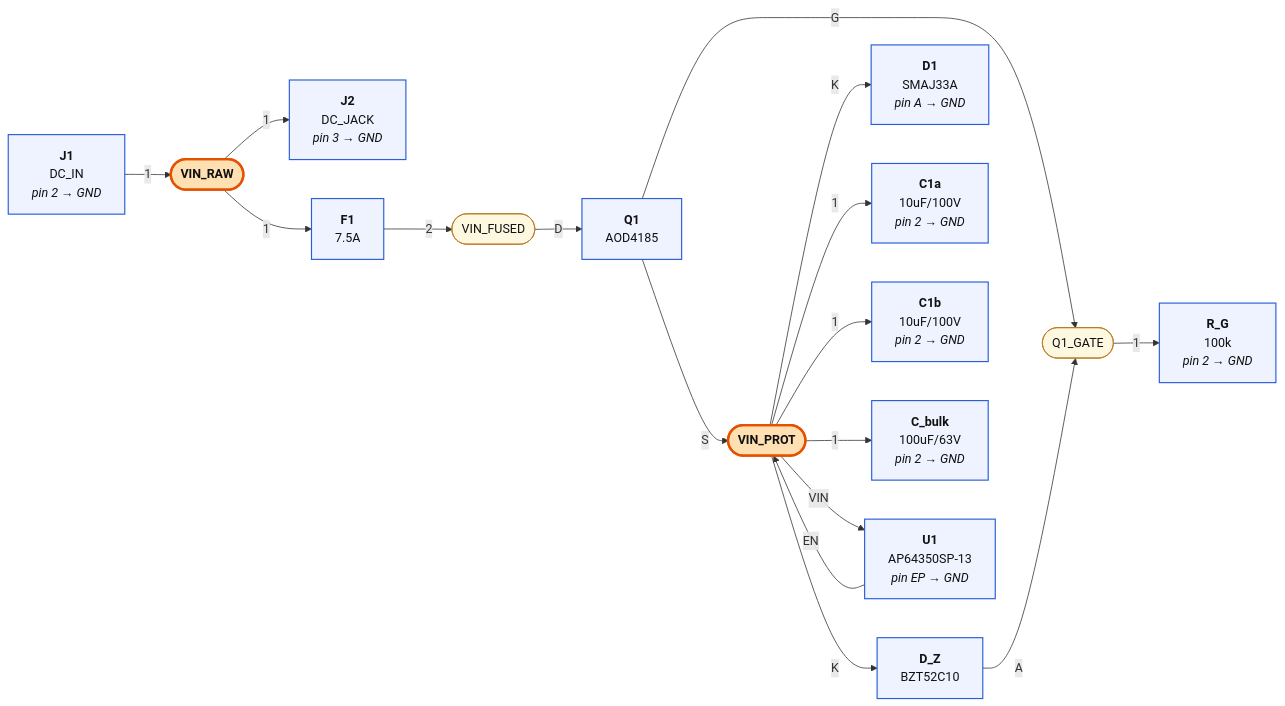
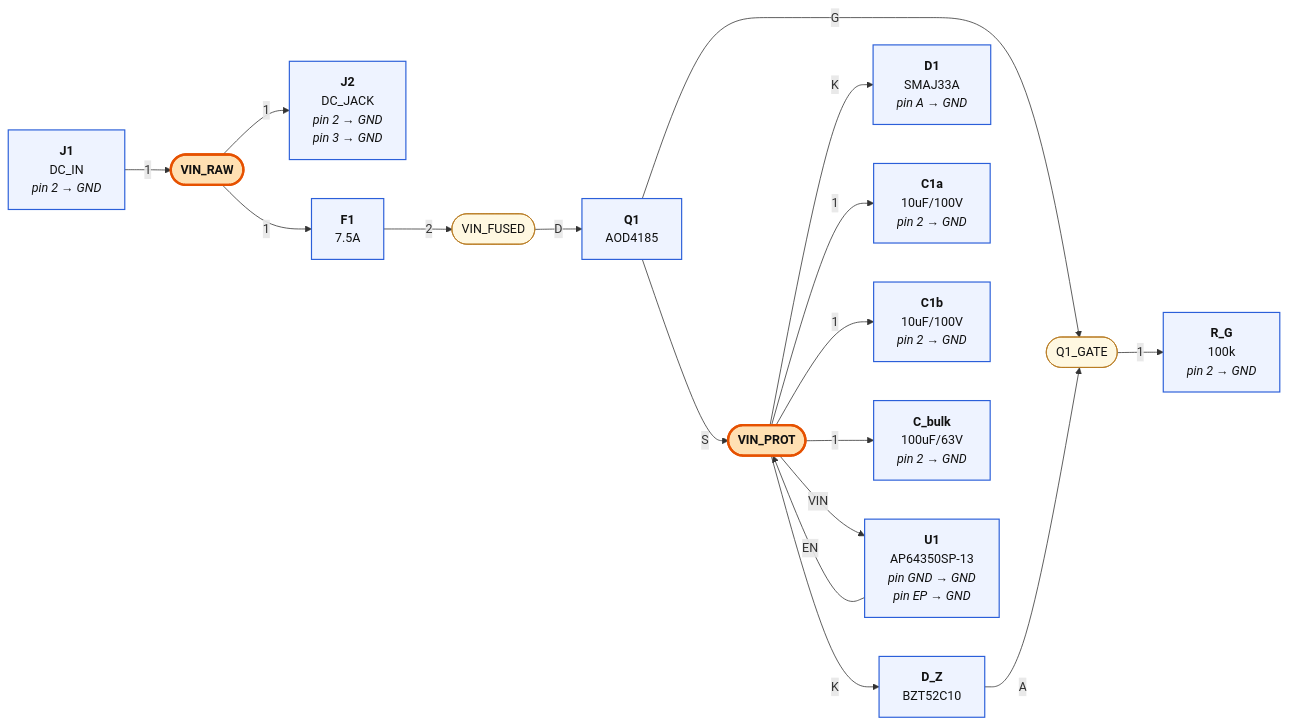
The first of 3 diagrams in hardware/pro/sheets/01-power.diagram.md (mrwillson2u/propmesh), drawn with Mermaid before and after one commit. The commit also changed other lines of this file and 27 other files, not shown here.

````diff
--- a/hardware/pro/sheets/01-power.diagram.md
+++ b/hardware/pro/sheets/01-power.diagram.md
@@ -7,41 +7,41 @@
 ```mermaid
 graph LR
   classDef part fill:#eef3ff,stroke:#2b5fd9,stroke-width:1.5px,color:#111
   classDef net fill:#fff8e1,stroke:#b7791f,color:#111
   classDef rail fill:#ffe0b2,stroke:#e65100,stroke-width:3px,color:#111,font-weight:bold
   classDef badnet fill:#ffe0e0,stroke:#c00,stroke-width:3px,color:#111,font-weight:bold
   classDef absent fill:#fff,stroke:#c00,stroke-width:2px,stroke-dasharray:6 4,color:#c00
   classDef extra fill:#ffecec,stroke:#c00,stroke-width:2px,color:#111
   classDef dnp fill:#f5f5f5,stroke:#999,stroke-dasharray:3 3,color:#666
   N_VIN_RAW(["VIN_RAW"]):::rail
   P_J1["<b>J1</b><br/>DC_IN<br/><i>pin 2 → GND</i>"]:::part
   P_J1 --"1"--> N_VIN_RAW
-  P_J2["<b>J2</b><br/>DC_JACK<br/><i>pin 3 → GND</i>"]:::part
+  P_J2["<b>J2</b><br/>DC_JACK<br/><i>pin 2 → GND</i><br/><i>pin 3 → GND</i>"]:::part
   N_VIN_RAW --"1"--> P_J2
   P_F1["<b>F1</b><br/>7.5A"]:::part
   N_VIN_RAW --"1"--> P_F1
   N_VIN_FUSED(["VIN_FUSED"]):::net
   P_F1 --"2"--> N_VIN_FUSED
   P_Q1["<b>Q1</b><br/>AOD4185"]:::part
   N_VIN_FUSED --"D"--> P_Q1
   N_VIN_PROT(["VIN_PROT"]):::rail
   P_Q1 --"S"--> N_VIN_PROT
   P_D_Z["<b>D_Z</b><br/>BZT52C10"]:::part
   N_VIN_PROT --"K"--> P_D_Z
   P_D1["<b>D1</b><br/>SMAJ33A<br/><i>pin A → GND</i>"]:::part
   N_VIN_PROT --"K"--> P_D1
   P_C1a["<b>C1a</b><br/>10uF/100V<br/><i>pin 2 → GND</i>"]:::part
   N_VIN_PROT --"1"--> P_C1a
   P_C1b["<b>C1b</b><br/>10uF/100V<br/><i>pin 2 → GND</i>"]:::part
   N_VIN_PROT --"1"--> P_C1b
   P_C_bulk["<b>C_bulk</b><br/>100uF/63V<br/><i>pin 2 → GND</i>"]:::part
   N_VIN_PROT --"1"--> P_C_bulk
-  P_U1["<b>U1</b><br/>AP64350SP-13<br/><i>pin EP → GND</i>"]:::part
+  P_U1["<b>U1</b><br/>AP64350SP-13<br/><i>pin GND → GND</i><br/><i>pin EP → GND</i>"]:::part
   N_VIN_PROT --"VIN"--> P_U1
   P_U1 --"EN"--> N_VIN_PROT
   N_Q1_GATE(["Q1_GATE"]):::net
   P_Q1 --"G"--> N_Q1_GATE
   P_D_Z --"A"--> N_Q1_GATE
   P_R_G["<b>R_G</b><br/>100k<br/><i>pin 2 → GND</i>"]:::part
   N_Q1_GATE --"1"--> P_R_G
 ```
````
